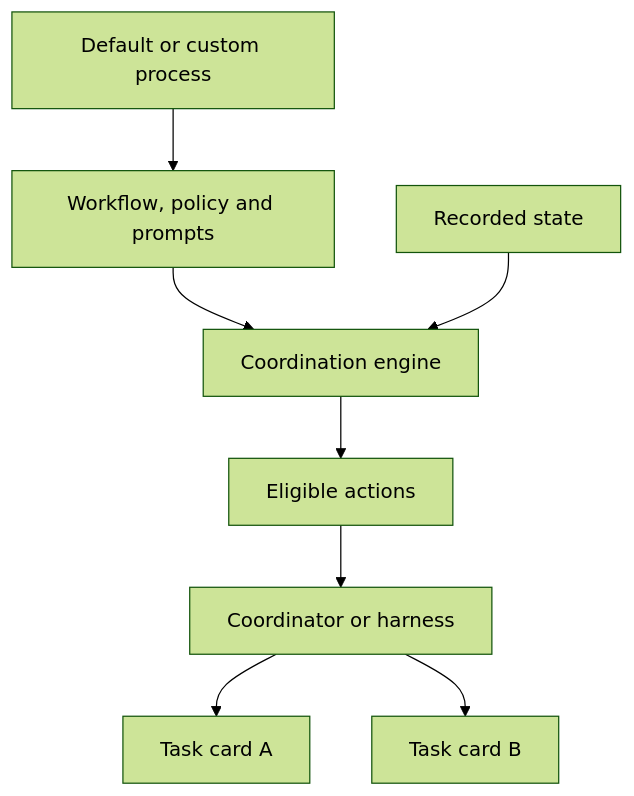
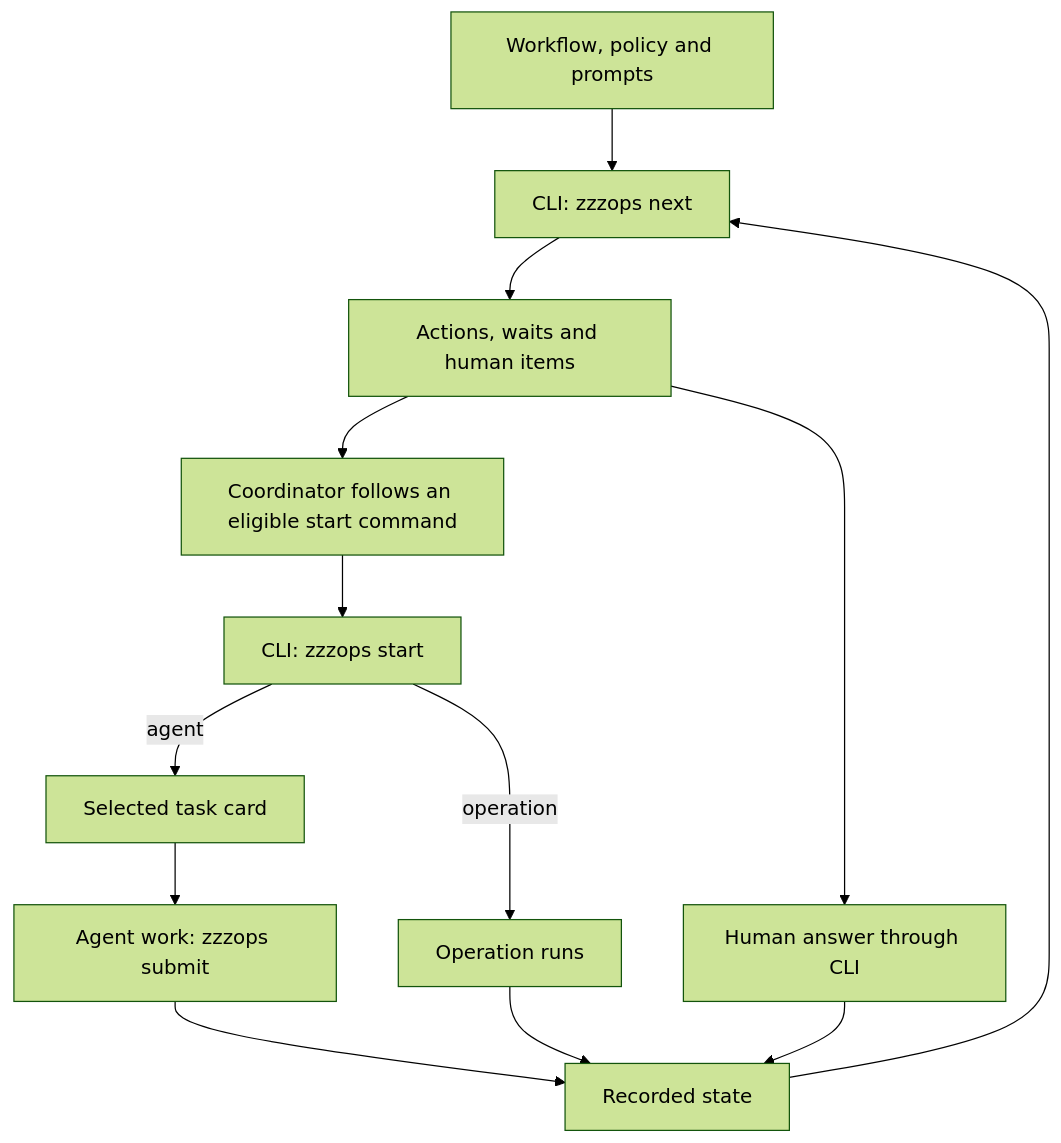
The second of 2 diagrams in docs/WHITEPAPER.md (david-rzepa/zzzops), drawn with Mermaid (forest theme) before and after one commit. The commit also changed other lines of this file, not shown here.

Commit message:
docs: explain default workflow and CLI disclosure

````diff
--- a/docs/WHITEPAPER.md
+++ b/docs/WHITEPAPER.md
@@ -60,10 +62,15 @@
 ```mermaid
 flowchart TB
-  D[Default or custom process] --> W[Workflow, policy and prompts]
-  W --> E[Coordination engine]
-  S[Recorded state] --> E
-  E --> F[Eligible actions]
-  F --> C[Coordinator or harness]
-  C --> A[Task card A]
-  C --> B[Task card B]
+  W[Workflow, policy and prompts] --> N[CLI: zzzops next]
+  S[Recorded state] --> N
+  N --> F[Actions, waits and human items]
+  F --> C[Coordinator follows an eligible start command]
+  C --> T[CLI: zzzops start]
+  T -->|agent| A[Selected task card]
+  T -->|operation| O[Operation runs]
+  A --> U[Agent work: zzzops submit]
+  U --> S
+  O --> S
+  F --> H[Human answer through CLI]
+  H --> S
 ```
````
